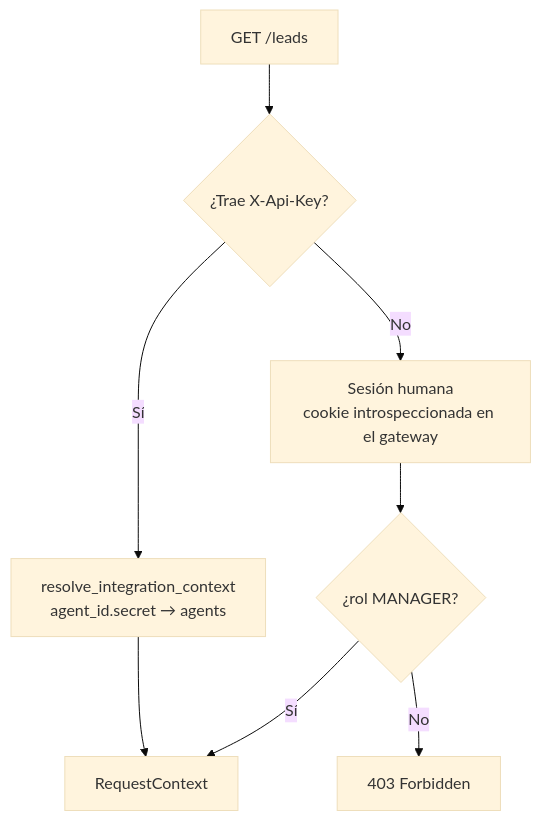
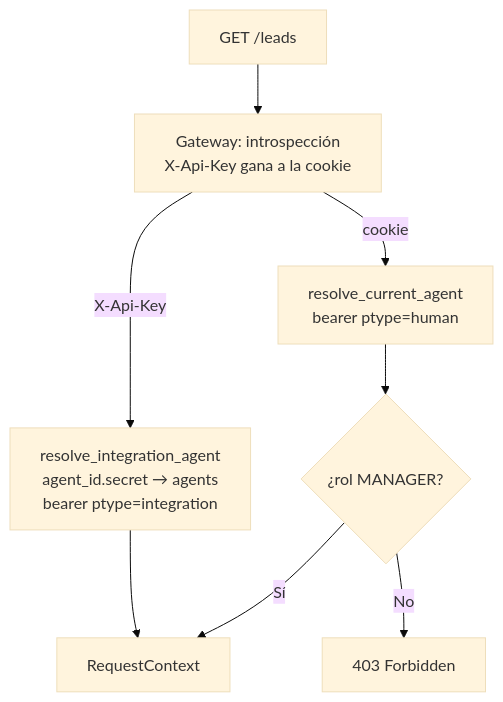
Before and after one commit to MDCIrony/leads-hexa: the second of 2 diagrams in docs/content/eventos/autenticacion.md, drawn with Mermaid (base theme). The commit also changed other lines of this file and 6 other files, not shown here.

````diff
--- a/docs/content/eventos/autenticacion.md
+++ b/docs/content/eventos/autenticacion.md
@@ -89,10 +90,10 @@
 ```mermaid
 flowchart TB
-    Req["GET /leads"] --> Check{"¿Trae X-Api-Key?"}
-    Check -->|"Sí"| Api["resolve_integration_context<br/>agent_id.secret → agents"]
-    Check -->|"No"| Jwt["Sesión humana<br/>cookie introspeccionada en el gateway"]
+    Req["GET /leads"] --> GW["Gateway: introspección<br/>X-Api-Key gana a la cookie"]
+    GW -->|"X-Api-Key"| Api["resolve_integration_agent<br/>agent_id.secret → agents<br/>bearer ptype=integration"]
+    GW -->|"cookie"| Jwt["resolve_current_agent<br/>bearer ptype=human"]
     Api --> Ctx["RequestContext"]
     Jwt --> Manager{"¿rol MANAGER?"}
     Manager -->|"Sí"| Ctx
     Manager -->|"No"| F403["403 Forbidden"]
 ```
````
